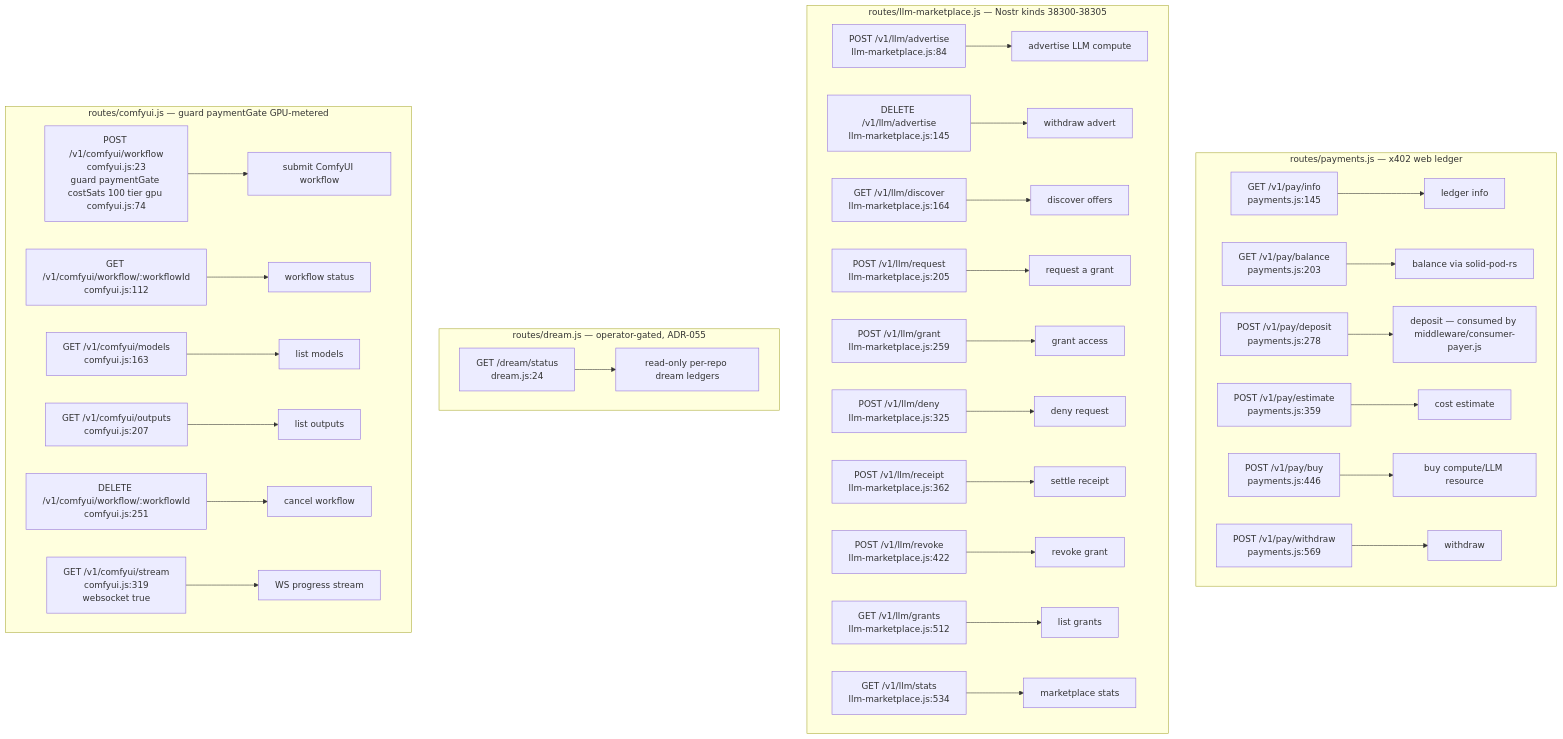
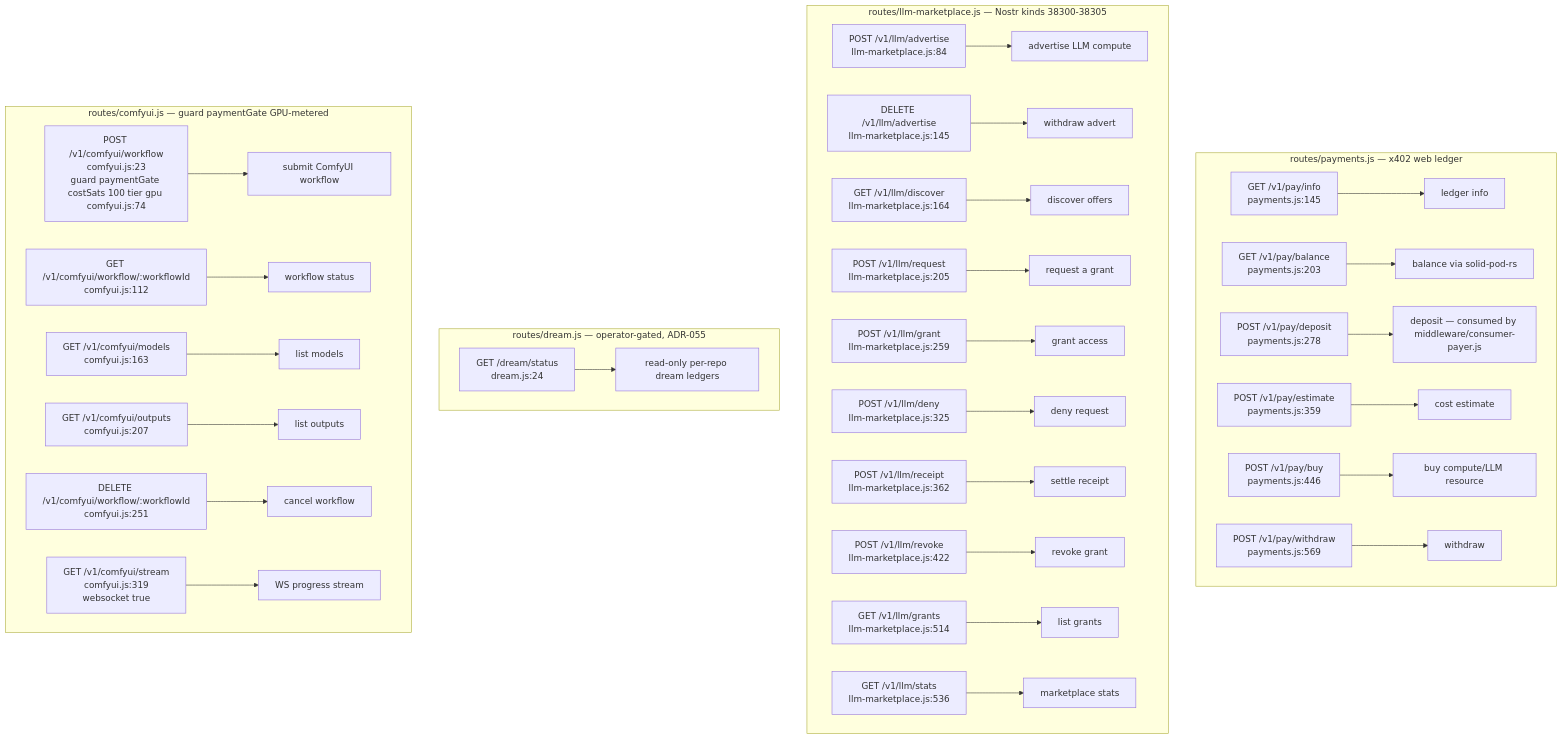
Before and after one commit to DreamLab-AI/VisionFlow: the tenth of 17 diagrams in docs/diagrams/agentbox/03-management-api-request-lifecycle.md, drawn with Mermaid. The commit also changed other lines of this file and 52 other files, not shown here.

First line of the commit message:
docs(diagrams): wave 3 checkpoint — bare line refs resolved, revision-pinned cite-check, VC-05/AB-01..13 re-attested

````diff
--- a/docs/diagrams/agentbox/03-management-api-request-lifecycle.md
+++ b/docs/diagrams/agentbox/03-management-api-request-lifecycle.md
@@ -388,34 +388,34 @@
 ```mermaid
 flowchart TD
     subgraph pay["routes/payments.js — x402 web ledger"]
         PY1["GET /v1/pay/info<br/>payments.js:145"] --> PYH1["ledger info"]
         PY2["GET /v1/pay/balance<br/>payments.js:203"] --> PYH2["balance via solid-pod-rs"]
         PY3["POST /v1/pay/deposit<br/>payments.js:278"] --> PYH3["deposit — consumed by middleware/consumer-payer.js"]
         PY4["POST /v1/pay/estimate<br/>payments.js:359"] --> PYH4["cost estimate"]
         PY5["POST /v1/pay/buy<br/>payments.js:446"] --> PYH5["buy compute/LLM resource"]
         PY6["POST /v1/pay/withdraw<br/>payments.js:569"] --> PYH6["withdraw"]
     end
     subgraph llm["routes/llm-marketplace.js — Nostr kinds 38300-38305"]
         LM1["POST /v1/llm/advertise<br/>llm-marketplace.js:84"] --> LMH1["advertise LLM compute"]
         LM2["DELETE /v1/llm/advertise<br/>llm-marketplace.js:145"] --> LMH2["withdraw advert"]
         LM3["GET /v1/llm/discover<br/>llm-marketplace.js:164"] --> LMH3["discover offers"]
         LM4["POST /v1/llm/request<br/>llm-marketplace.js:205"] --> LMH4["request a grant"]
         LM5["POST /v1/llm/grant<br/>llm-marketplace.js:259"] --> LMH5["grant access"]
         LM6["POST /v1/llm/deny<br/>llm-marketplace.js:325"] --> LMH6["deny request"]
         LM7["POST /v1/llm/receipt<br/>llm-marketplace.js:362"] --> LMH7["settle receipt"]
         LM8["POST /v1/llm/revoke<br/>llm-marketplace.js:422"] --> LMH8["revoke grant"]
-        LM9["GET /v1/llm/grants<br/>llm-marketplace.js:512"] --> LMH9["list grants"]
-        LM10["GET /v1/llm/stats<br/>llm-marketplace.js:534"] --> LMH10["marketplace stats"]
+        LM9["GET /v1/llm/grants<br/>llm-marketplace.js:514"] --> LMH9["list grants"]
+        LM10["GET /v1/llm/stats<br/>llm-marketplace.js:536"] --> LMH10["marketplace stats"]
     end
     subgraph dream["routes/dream.js — operator-gated, ADR-055"]
         DR1["GET /dream/status<br/>dream.js:24"] --> DRH1["read-only per-repo dream ledgers"]
     end
     subgraph comfy["routes/comfyui.js — guard paymentGate GPU-metered"]
         CF1["POST /v1/comfyui/workflow<br/>comfyui.js:23<br/>guard paymentGate costSats 100 tier gpu comfyui.js:74"] --> CFH1["submit ComfyUI workflow"]
         CF2["GET /v1/comfyui/workflow/:workflowId<br/>comfyui.js:112"] --> CFH2["workflow status"]
         CF3["GET /v1/comfyui/models<br/>comfyui.js:163"] --> CFH3["list models"]
         CF4["GET /v1/comfyui/outputs<br/>comfyui.js:207"] --> CFH4["list outputs"]
         CF5["DELETE /v1/comfyui/workflow/:workflowId<br/>comfyui.js:251"] --> CFH5["cancel workflow"]
         CF6["GET /v1/comfyui/stream<br/>comfyui.js:319<br/>websocket true"] --> CFH6["WS progress stream"]
     end
 ```
````
